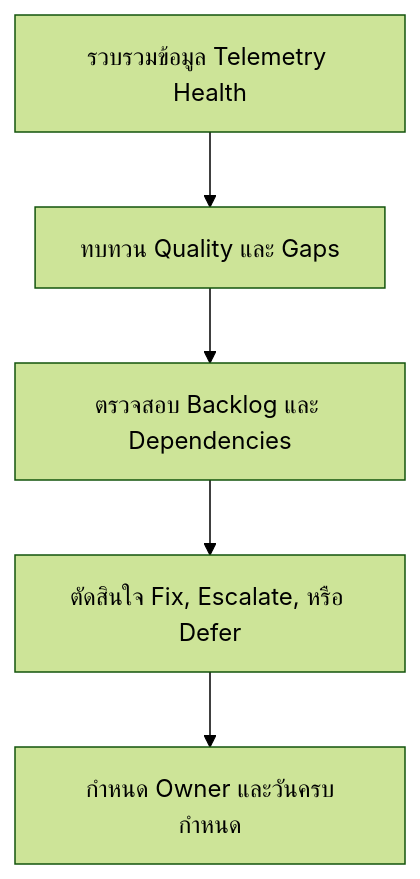
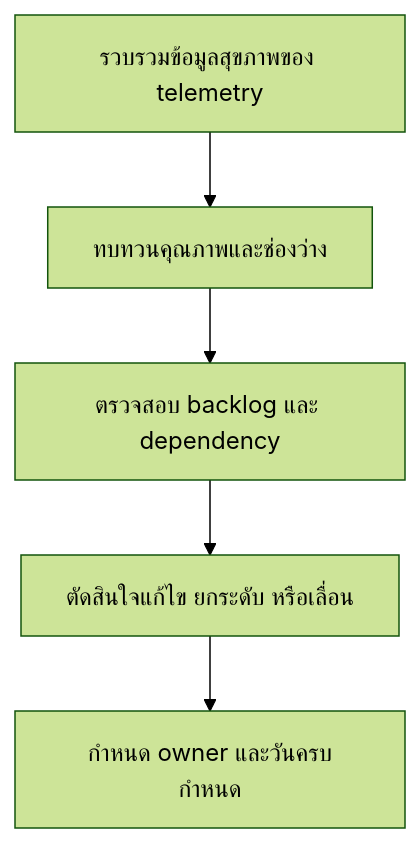
The diagram in 11_Reporting_Templates/Weekly_Telemetry_Review_Pack.th.md (nutthakorn7/SOC-Standard-Operating-Procedures), drawn with Mermaid (forest theme) before and after one commit. The commit also changed other lines of this file and 20 other files, not shown here.

````diff
--- a/11_Reporting_Templates/Weekly_Telemetry_Review_Pack.th.md
+++ b/11_Reporting_Templates/Weekly_Telemetry_Review_Pack.th.md
@@ -6,7 +6,7 @@
 ```mermaid
 graph TD
-    A["รวบรวมข้อมูล Telemetry Health"] --> B["ทบทวน Quality และ Gaps"]
-    B --> C["ตรวจสอบ Backlog และ Dependencies"]
-    C --> D["ตัดสินใจ Fix, Escalate, หรือ Defer"]
-    D --> E["กำหนด Owner และวันครบกำหนด"]
+    A["รวบรวมข้อมูลสุขภาพของ telemetry"] --> B["ทบทวนคุณภาพและช่องว่าง"]
+    B --> C["ตรวจสอบ backlog และ dependency"]
+    C --> D["ตัดสินใจแก้ไข ยกระดับ หรือเลื่อน"]
+    D --> E["กำหนด owner และวันครบกำหนด"]
 ```
````
